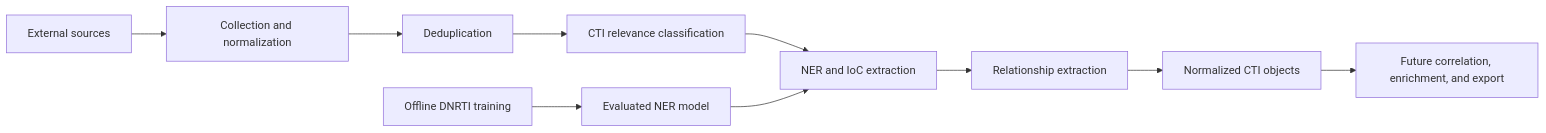
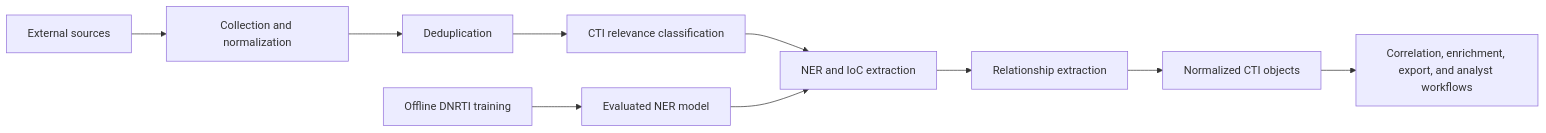
Before and after one commit to AmmarAikan/CTI-Tool-Showcase: the diagram in README.md, drawn with Mermaid. The commit also changed other lines of this file and 1 other file, not shown here.

````diff
--- a/README.md
+++ b/README.md
@@ -22,12 +26,12 @@
 ```mermaid
 flowchart LR
     A["External sources"] --> B["Collection and normalization"]
     B --> C["Deduplication"]
     C --> D["CTI relevance classification"]
     D --> E["NER and IoC extraction"]
     E --> F["Relationship extraction"]
     F --> G["Normalized CTI objects"]
     H["Offline DNRTI training"] --> I["Evaluated NER model"]
     I --> E
-    G --> J["Future correlation, enrichment, and export"]
+    G --> J["Correlation, enrichment, export, and analyst workflows"]
 ```
````
